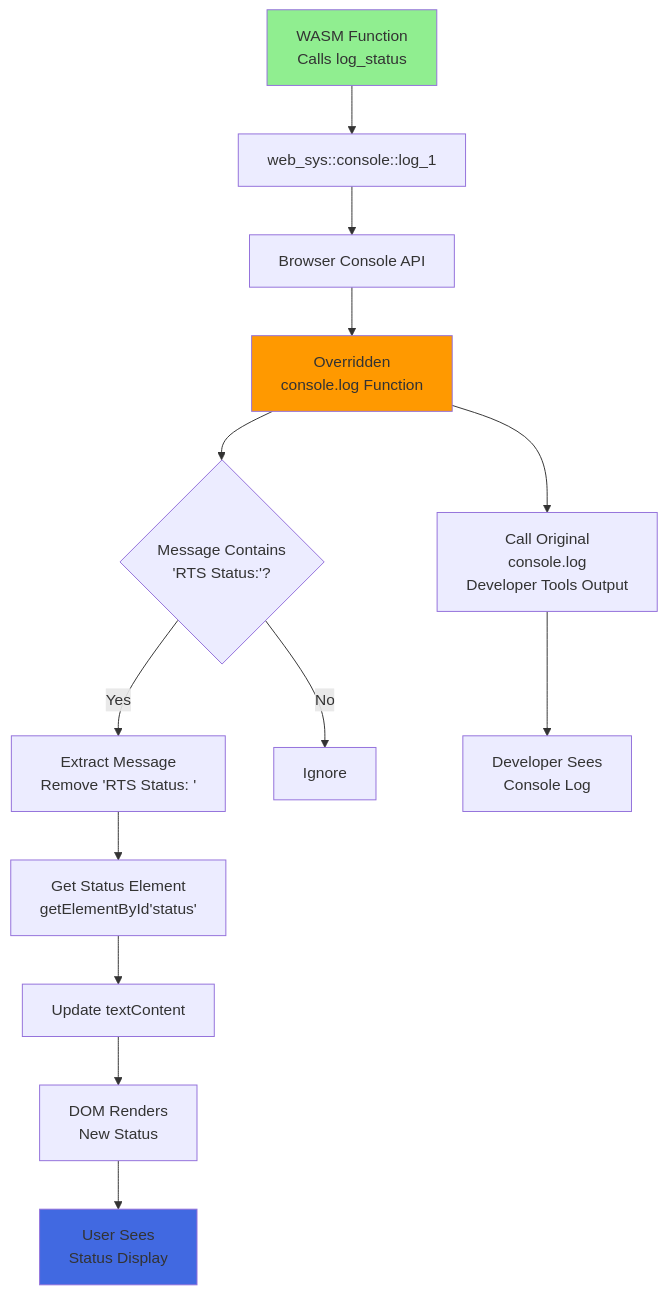
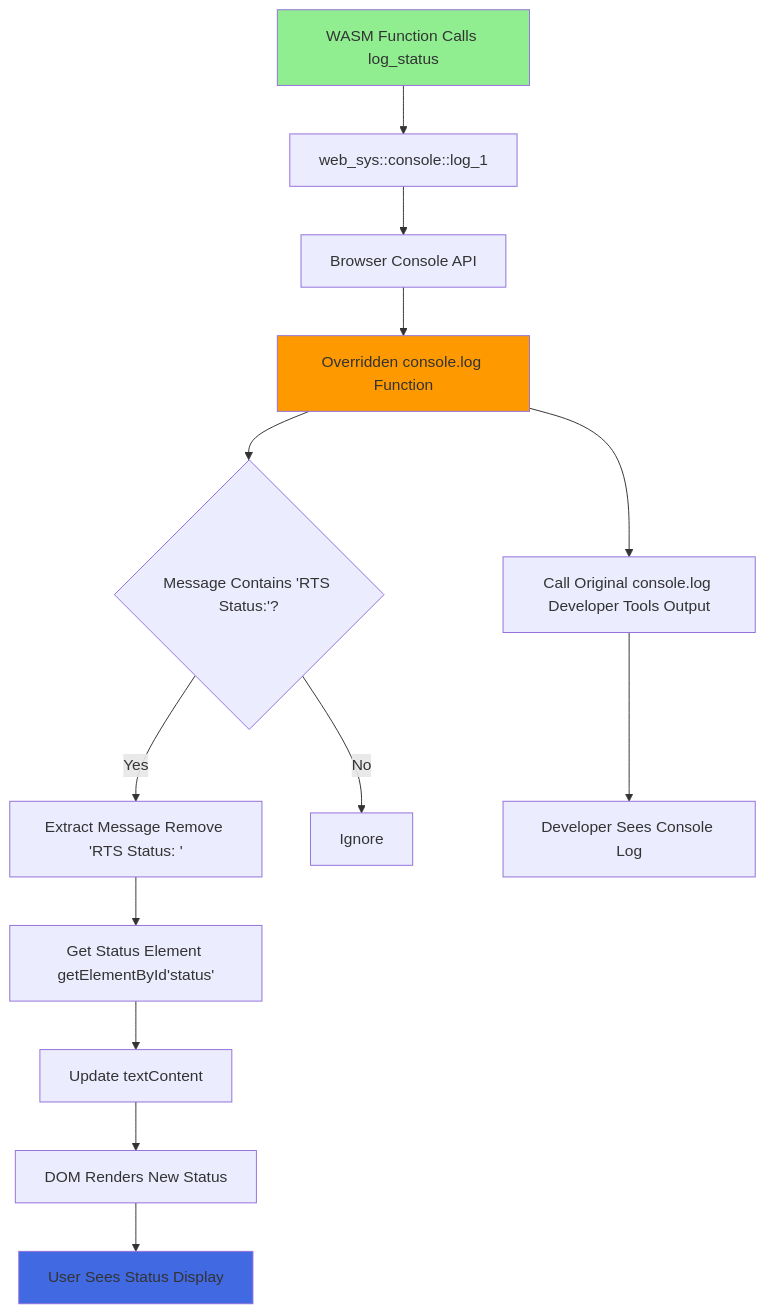
One commit to softwarewrighter/rts_mock changed the ninth of 10 diagrams in wiki/Data-Flow.md. Above: the diagram before and after it, drawn with Mermaid. The commit also changed other lines of this file and 5 other files, not shown here.

First line of the commit message:
Fix wiki Mermaid diagrams: remove <br/> tags

````diff
--- a/wiki/Data-Flow.md
+++ b/wiki/Data-Flow.md
@@ -381,23 +381,23 @@
 ```mermaid
 flowchart TD
-    A[WASM Function<br/>Calls log_status] --> B[web_sys::console::log_1]
+    A[WASM Function Calls log_status] --> B[web_sys::console::log_1]
     B --> C[Browser Console API]
-    C --> D[Overridden<br/>console.log Function]
+    C --> D[Overridden console.log Function]
 
-    D --> E[Call Original<br/>console.log<br/>Developer Tools Output]
-    D --> F{Message Contains<br/>'RTS Status:'?}
+    D --> E[Call Original console.log Developer Tools Output]
+    D --> F{Message Contains 'RTS Status:'?}
 
-    F -->|Yes| G[Extract Message<br/>Remove 'RTS Status: ']
+    F -->|Yes| G[Extract Message Remove 'RTS Status: ']
     F -->|No| H[Ignore]
 
-    G --> I[Get Status Element<br/>getElementById'status']
+    G --> I[Get Status Element getElementById'status']
     I --> J[Update textContent]
-    J --> K[DOM Renders<br/>New Status]
+    J --> K[DOM Renders New Status]
 
-    E --> L[Developer Sees<br/>Console Log]
-    K --> M[User Sees<br/>Status Display]
+    E --> L[Developer Sees Console Log]
+    K --> M[User Sees Status Display]
 
     style A fill:#90EE90
     style D fill:#ff9900
     style M fill:#4169E1
 ```
````
